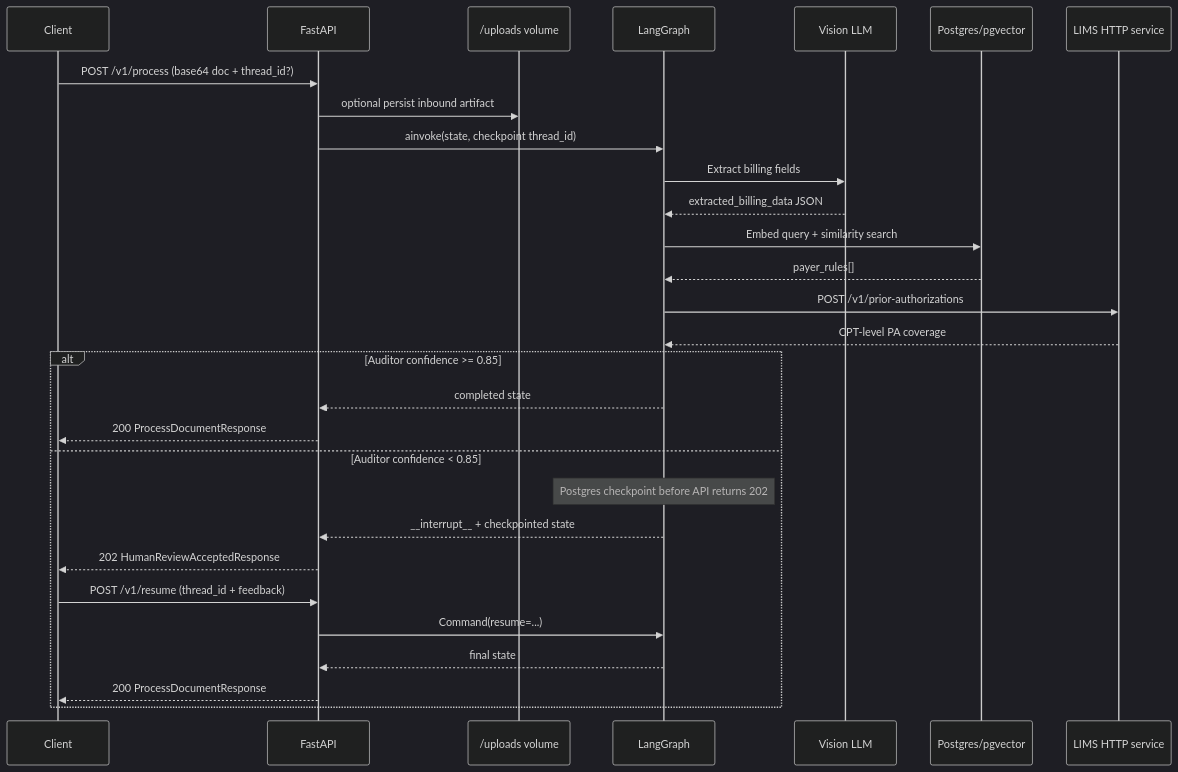
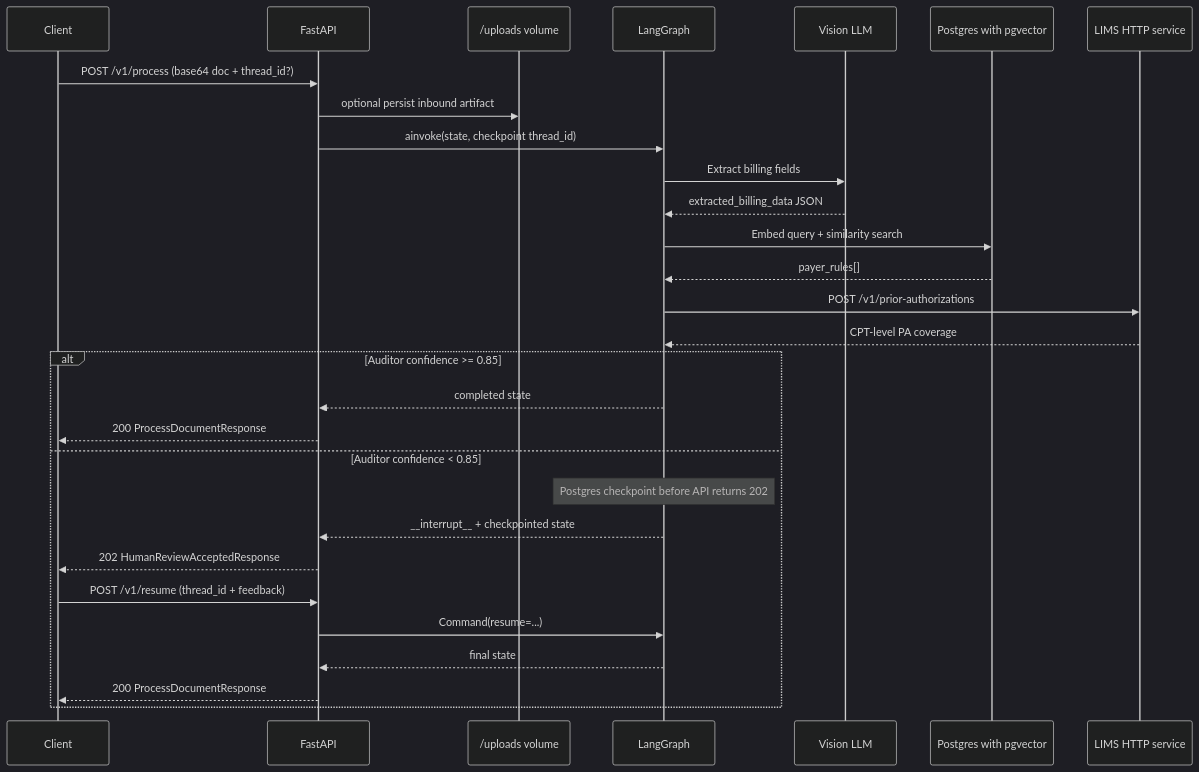
The second of 2 diagrams in README.md (pvenkata-tech/the-rcm-guardian), drawn with Mermaid (dark theme) before and after one commit. The commit also changed other lines of this file and 5 other files, not shown here.

First line of the commit message:
docs: polish README and clarify LIMS, LangSmith, schema

````diff
--- a/README.md
+++ b/README.md
@@ -168,33 +221,33 @@
 ```mermaid
 sequenceDiagram
     participant C as Client
     participant F as FastAPI
     participant U as /uploads volume
     participant G as LangGraph
     participant V as Vision LLM
-    participant DB as Postgres/pgvector
+    participant DB as Postgres with pgvector
     participant L as LIMS HTTP service
 
     C->>F: POST /v1/process (base64 doc + thread_id?)
     F->>U: optional persist inbound artifact
     F->>G: ainvoke(state, checkpoint thread_id)
     G->>V: Extract billing fields
     V-->>G: extracted_billing_data JSON
     G->>DB: Embed query + similarity search
     DB-->>G: payer_rules[]
     G->>L: POST /v1/prior-authorizations
     L-->>G: CPT-level PA coverage
 
     alt Auditor confidence >= 0.85
         G-->>F: completed state
         F-->>C: 200 ProcessDocumentResponse
     else Auditor confidence < 0.85
         Note over G: Postgres checkpoint before API returns 202
         G-->>F: __interrupt__ + checkpointed state
         F-->>C: 202 HumanReviewAcceptedResponse
         C->>F: POST /v1/resume (thread_id + feedback)
         F->>G: Command(resume=...)
         G-->>F: final state
         F-->>C: 200 ProcessDocumentResponse
     end
 ```
````
